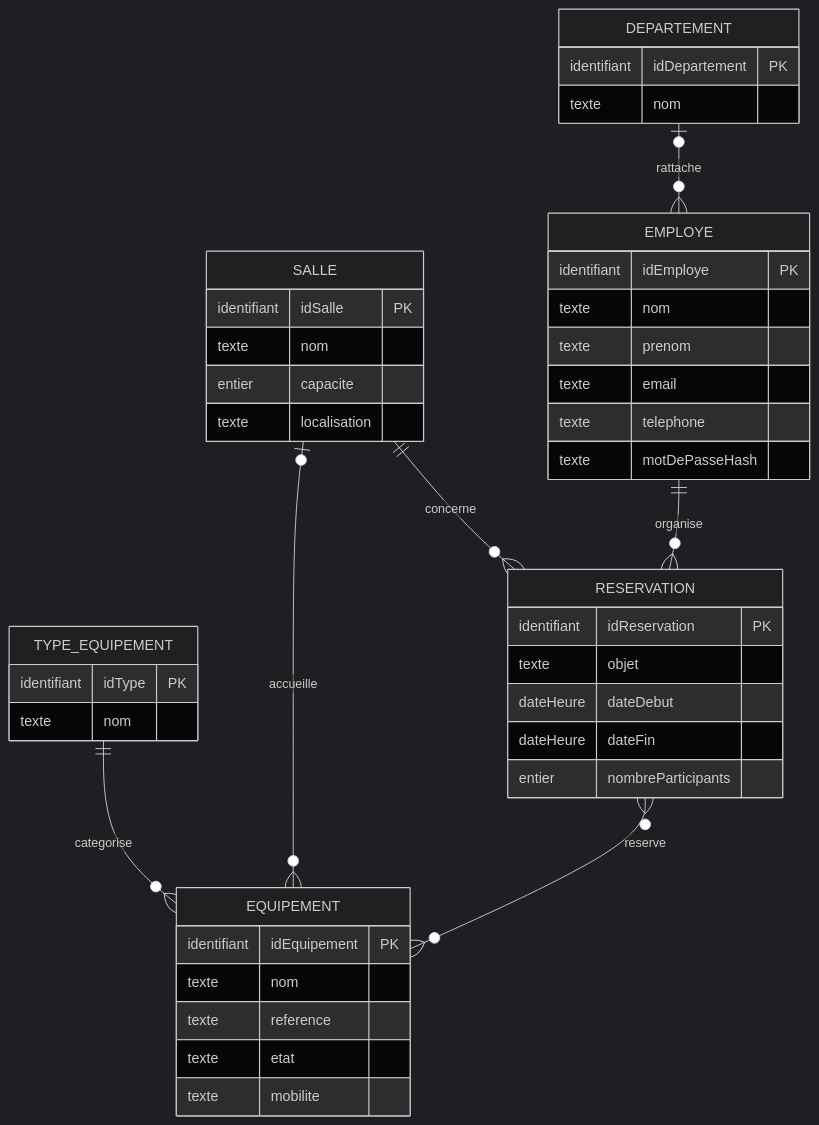
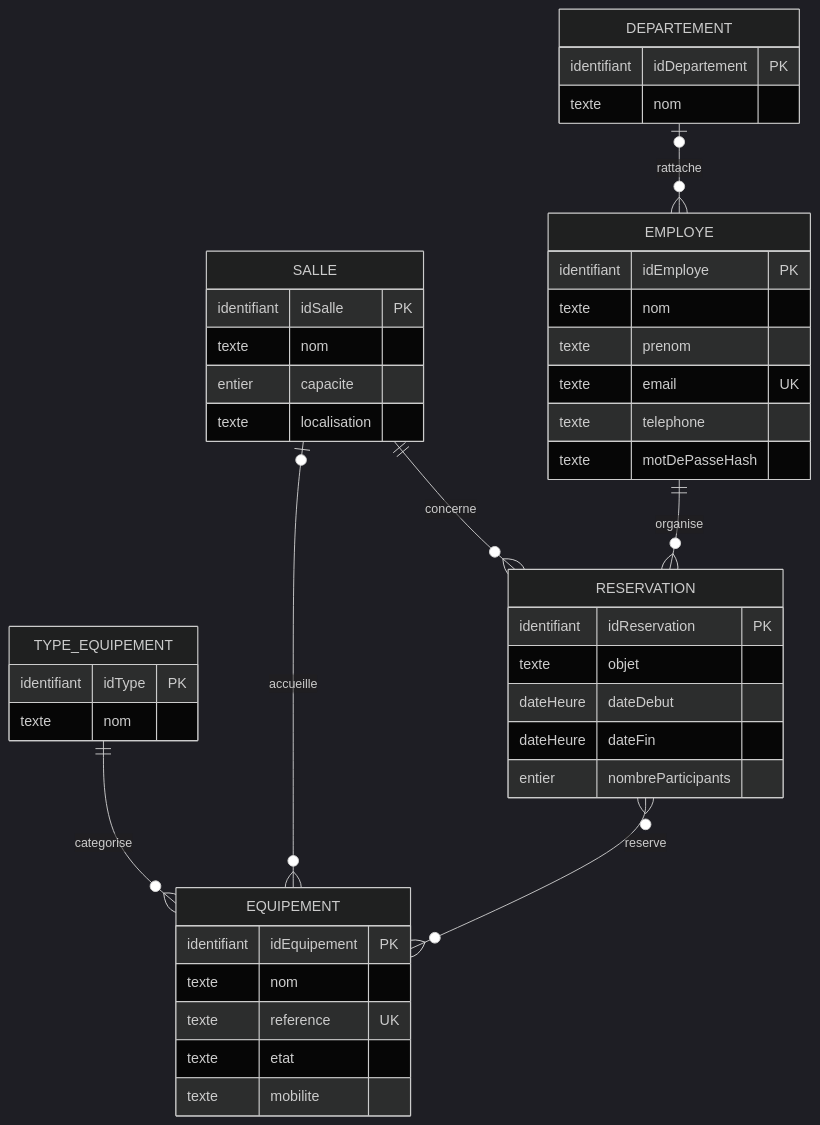
The diagram in docs/conception/mcd.md (JamaisLa/WorkSpace), drawn with Mermaid (dark theme) before and after one commit. The commit also changed other lines of this file and 2 other files, not shown here.

````diff
--- a/docs/conception/mcd.md
+++ b/docs/conception/mcd.md
@@ -9,46 +3,46 @@
 ```mermaid
 erDiagram
     DEPARTEMENT {
         identifiant idDepartement PK
         texte nom
     }
     EMPLOYE {
         identifiant idEmploye PK
         texte nom
         texte prenom
-        texte email
+        texte email UK
         texte telephone
         texte motDePasseHash
     }
     SALLE {
         identifiant idSalle PK
         texte nom
         entier capacite
         texte localisation
     }
     TYPE_EQUIPEMENT {
         identifiant idType PK
         texte nom
     }
     EQUIPEMENT {
         identifiant idEquipement PK
         texte nom
-        texte reference
+        texte reference UK
         texte etat
         texte mobilite
     }
     RESERVATION {
         identifiant idReservation PK
         texte objet
         dateHeure dateDebut
         dateHeure dateFin
         entier nombreParticipants
     }
 
     DEPARTEMENT o|--o{ EMPLOYE : rattache
     TYPE_EQUIPEMENT ||--o{ EQUIPEMENT : categorise
     SALLE o|--o{ EQUIPEMENT : accueille
     SALLE ||--o{ RESERVATION : concerne
     EMPLOYE ||--o{ RESERVATION : organise
     RESERVATION o{--o{ EQUIPEMENT : reserve
 ```
````
